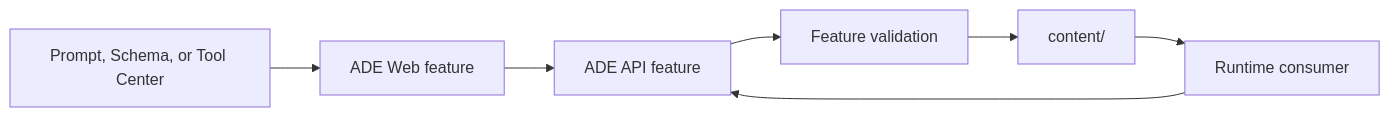
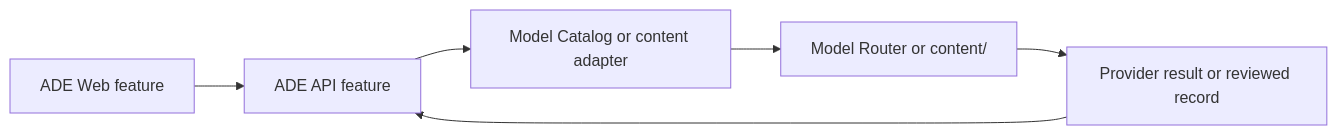
Before and after one commit to Wenjun-Mao/Letta-Open-ADE: the third of 3 diagrams in docs/architecture/request-flows.md, drawn with Mermaid. The commit also changed other lines of this file and 468 other files, not shown here.

Commit message:
refactor: consolidate ADE onto native runtime

````diff
--- a/docs/architecture/request-flows.md
+++ b/docs/architecture/request-flows.md
@@ -87,9 +51,8 @@
 ```mermaid
 flowchart LR
-    U[Prompt, Schema, or Tool Center] --> W[ADE Web feature]
-    W --> A[ADE API feature]
-    A --> V[Feature validation]
-    V --> S[content/]
-    S --> R[Runtime consumer]
-    R --> A
+    W[ADE Web feature] --> A[ADE API feature]
+    A --> C[Model Catalog or content adapter]
+    C --> R[Model Router or content/]
+    R --> O[Provider result or reviewed record]
+    O --> A
 ```
````
